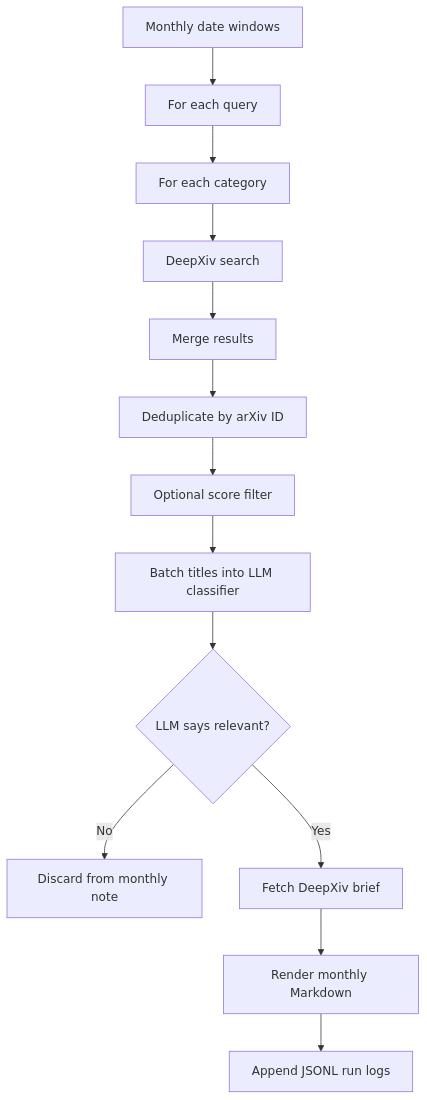
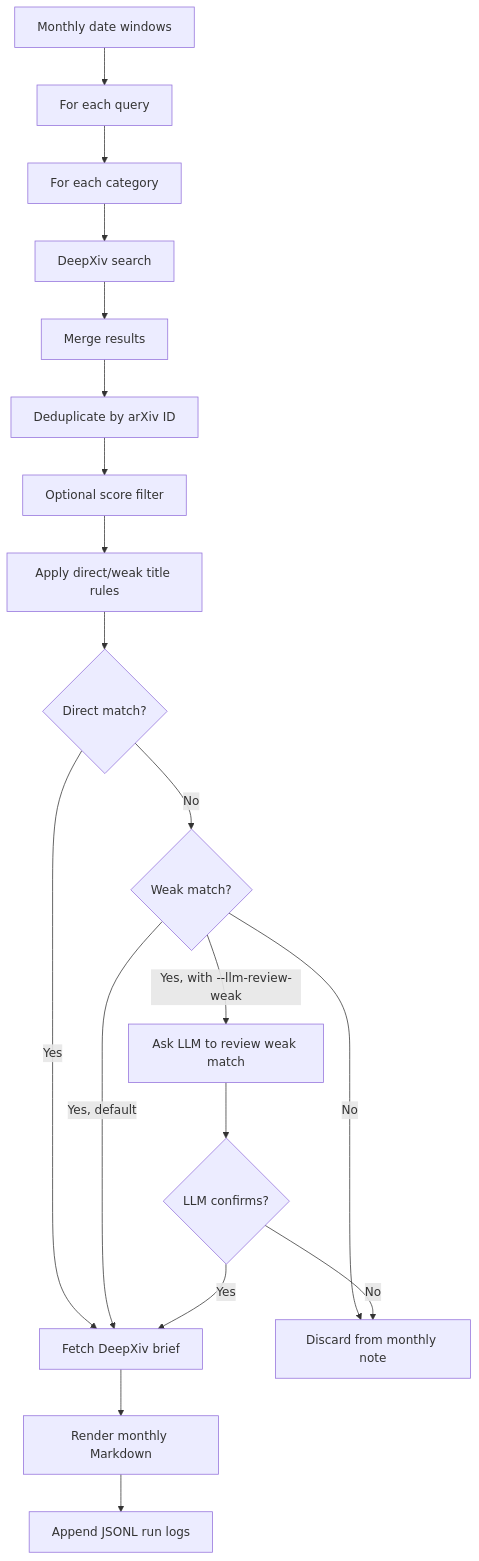
Before and after one commit to zhang2023-byte/stella-hvs: the diagram in README.md, drawn with Mermaid. The commit also changed other lines of this file and 6 other files, not shown here.

Commit message:
Add direct and weak title triage rules

````diff
--- a/README.md
+++ b/README.md
@@ -93,15 +93,21 @@
 ```mermaid
 flowchart TD
     A["Monthly date windows"] --> B["For each query"]
     B --> C["For each category"]
     C --> D["DeepXiv search"]
     D --> E["Merge results"]
     E --> F["Deduplicate by arXiv ID"]
     F --> G["Optional score filter"]
-    G --> H["Batch titles into LLM classifier"]
-    H --> I{"LLM says relevant?"}
-    I -- "No" --> J["Discard from monthly note"]
+    G --> H["Apply direct/weak title rules"]
+    H --> I{"Direct match?"}
     I -- "Yes" --> K["Fetch DeepXiv brief"]
+    I -- "No" --> J{"Weak match?"}
+    J -- "No" --> X["Discard from monthly note"]
+    J -- "Yes, default" --> K
+    J -- "Yes, with --llm-review-weak" --> R["Ask LLM to review weak match"]
+    R --> S{"LLM confirms?"}
+    S -- "Yes" --> K
+    S -- "No" --> X
     K --> L["Render monthly Markdown"]
     L --> M["Append JSONL run logs"]
 ```
````
